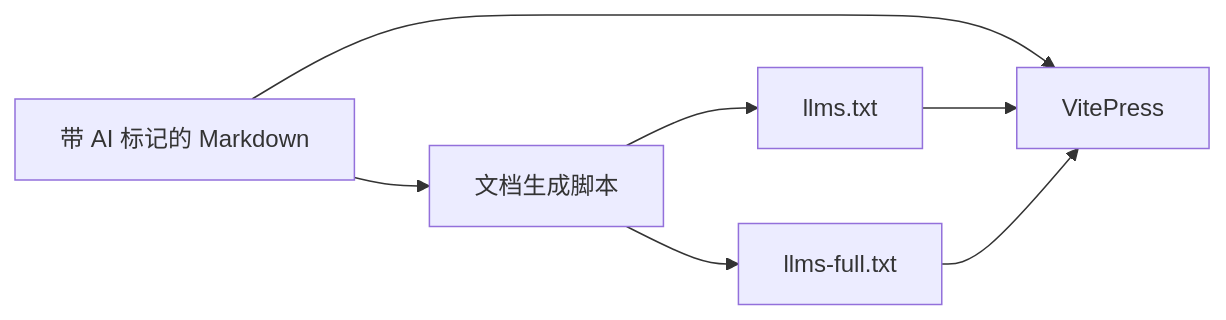
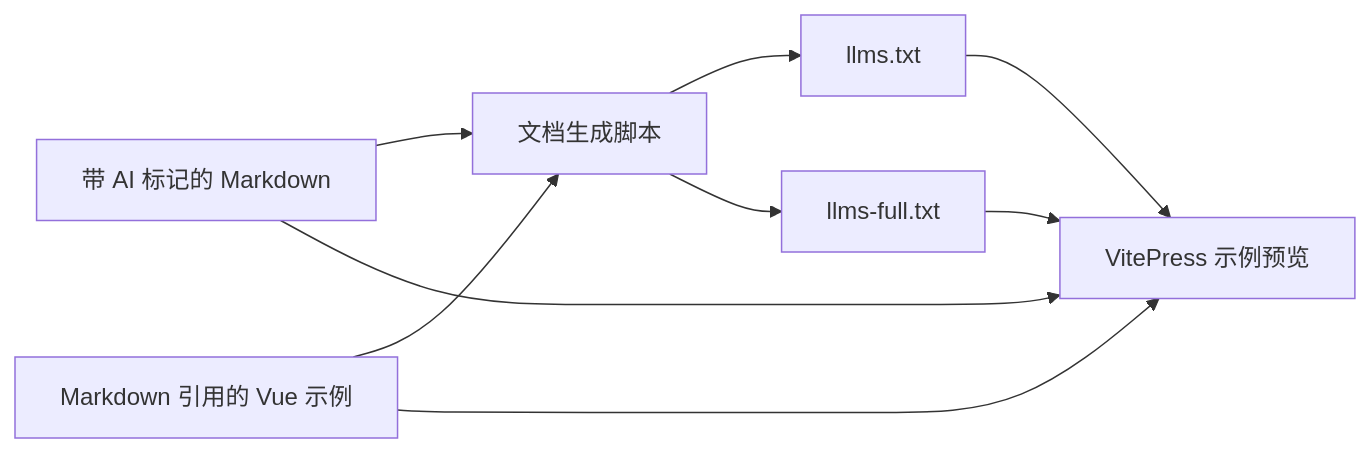
Before and after one commit to slime7/mde-vue: the third of 3 diagrams in docs/project/ARCHITECTURE.md, drawn with Mermaid. The commit also changed other lines of this file and 21 other files, not shown here.

````diff
--- a/docs/project/ARCHITECTURE.md
+++ b/docs/project/ARCHITECTURE.md
@@ -97,9 +97,11 @@
 ```mermaid
 flowchart LR
     A["带 AI 标记的 Markdown"] --> B["文档生成脚本"]
+    E["Markdown 引用的 Vue 示例"] --> B
+    E --> F["VitePress 示例预览"]
     B --> C["llms.txt"]
     B --> D["llms-full.txt"]
-    A --> E["VitePress"]
-    C --> E
-    D --> E
+    A --> F
+    C --> F
+    D --> F
 ```
````
